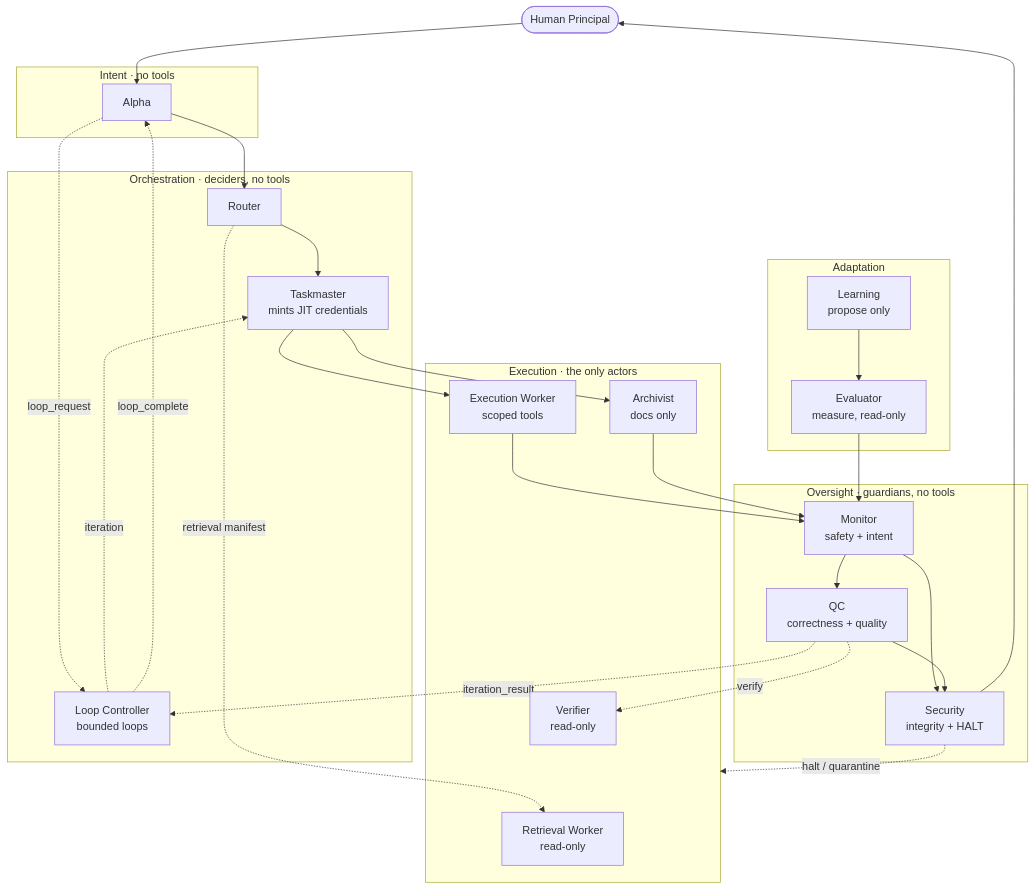
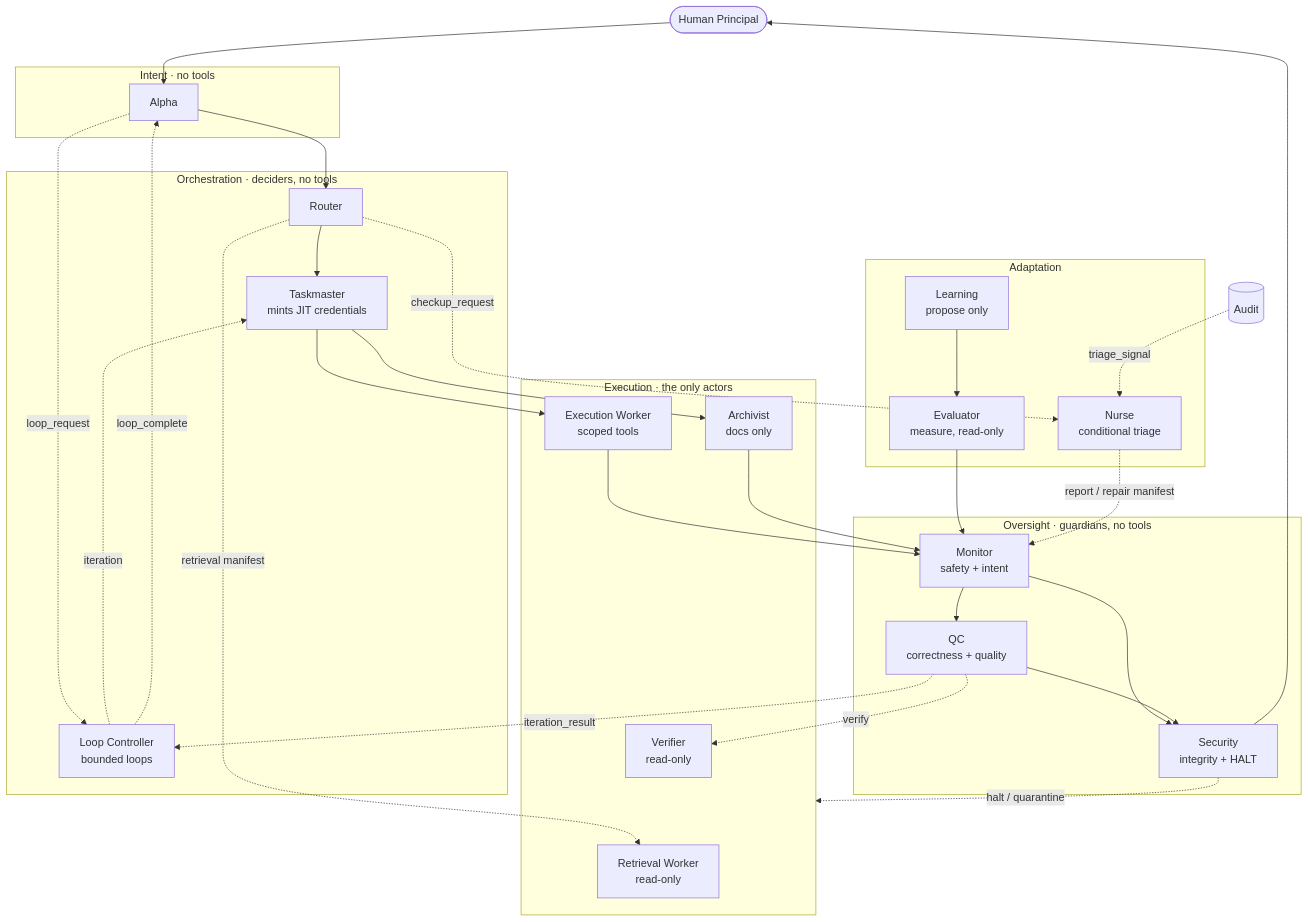
One commit to CoeusInstitute/Polos changed the first of 6 diagrams in docs/ARCHITECTURE.md. Above: the diagram before and after it, drawn with Mermaid. The commit also changed other lines of this file and 53 other files, not shown here.

````diff
--- a/docs/ARCHITECTURE.md
+++ b/docs/ARCHITECTURE.md
@@ -33,46 +36,50 @@
 ```mermaid
 flowchart TB
     H([Human Principal])
 
     subgraph INTENT["Intent · no tools"]
         A[Alpha]
     end
     subgraph ORCH["Orchestration · deciders, no tools"]
         R[Router]
         T[Taskmaster<br/>mints JIT credentials]
         LC[Loop Controller<br/>bounded loops]
     end
     subgraph EXEC["Execution · the only actors"]
         RW[Retrieval Worker<br/>read-only]
         EW[Execution Worker<br/>scoped tools]
         AR[Archivist<br/>docs only]
         V[Verifier<br/>read-only]
     end
     subgraph OVER["Oversight · guardians, no tools"]
         M[Monitor<br/>safety + intent]
         Q[QC<br/>correctness + quality]
         S[Security<br/>integrity + HALT]
     end
     subgraph ADAPT["Adaptation"]
         L[Learning<br/>propose only]
         E[Evaluator<br/>measure, read-only]
+      N[Nurse<br/>conditional triage]
     end
 
     H --> A --> R --> T
     A -. loop_request .-> LC
     LC -. iteration .-> T
     LC -. loop_complete .-> A
     T --> EW
     T --> AR
     R -. retrieval manifest .-> RW
     Q -. verify .-> V
     EW --> M
     AR --> M
     M --> Q
     M --> S
     Q --> S
     Q -. iteration_result .-> LC
     S -. halt / quarantine .-> EXEC
     L --> E --> M
+    R -. checkup_request .-> N
+    AU[(Audit)] -. triage_signal .-> N
+    N -. report / repair manifest .-> M
     S --> H
 ```
````
